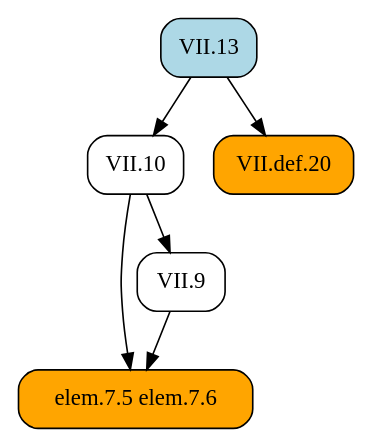
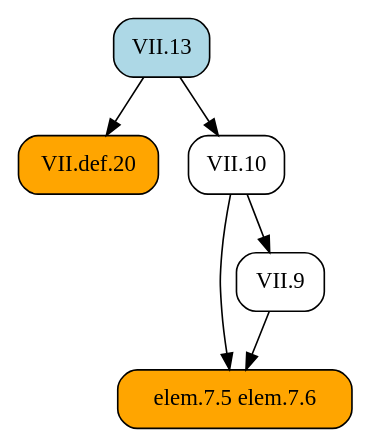
The diagram in docsrc/heath/VII/13/index.rst (geometor/elements), drawn with Graphviz before and after one commit. The commit also changed other lines of this file and 484 other files, not shown here.

```diff
--- a/docsrc/heath/VII/13/index.rst
+++ b/docsrc/heath/VII/13/index.rst
@@ -44,16 +44,16 @@
 .. graphviz::
 
    digraph {
      rankdir="TB";
      node [shape=box, style=rounded];
+     "VII.13" [style="rounded,filled", fillcolor=lightblue, URL="/heath/VII/13/", target="_top"];
      "elem.7.5 elem.7.6" [style="rounded,filled", fillcolor=orange];
-     "VII.13" [style="rounded,filled", fillcolor=lightblue, URL="/heath/VII/13/", target="_top"];
+     "VII.9" [URL="/heath/VII/9/", target="_top"];
+     "VII.def.20" [style="rounded,filled", fillcolor=orange, URL="/heath/VII/def.20/", target="_top"];
      "VII.10" [URL="/heath/VII/10/", target="_top"];
-     "VII.def.20" [style="rounded,filled", fillcolor=orange, URL="/heath/VII/def.20/", target="_top"];
-     "VII.9" [URL="/heath/VII/9/", target="_top"];
      "VII.9" -> "elem.7.5 elem.7.6";
      "VII.10" -> "elem.7.5 elem.7.6";
+     "VII.10" -> "VII.9";
+     "VII.13" -> "VII.def.20";
      "VII.13" -> "VII.10";
-     "VII.13" -> "VII.def.20";
-     "VII.10" -> "VII.9";
    }
```
